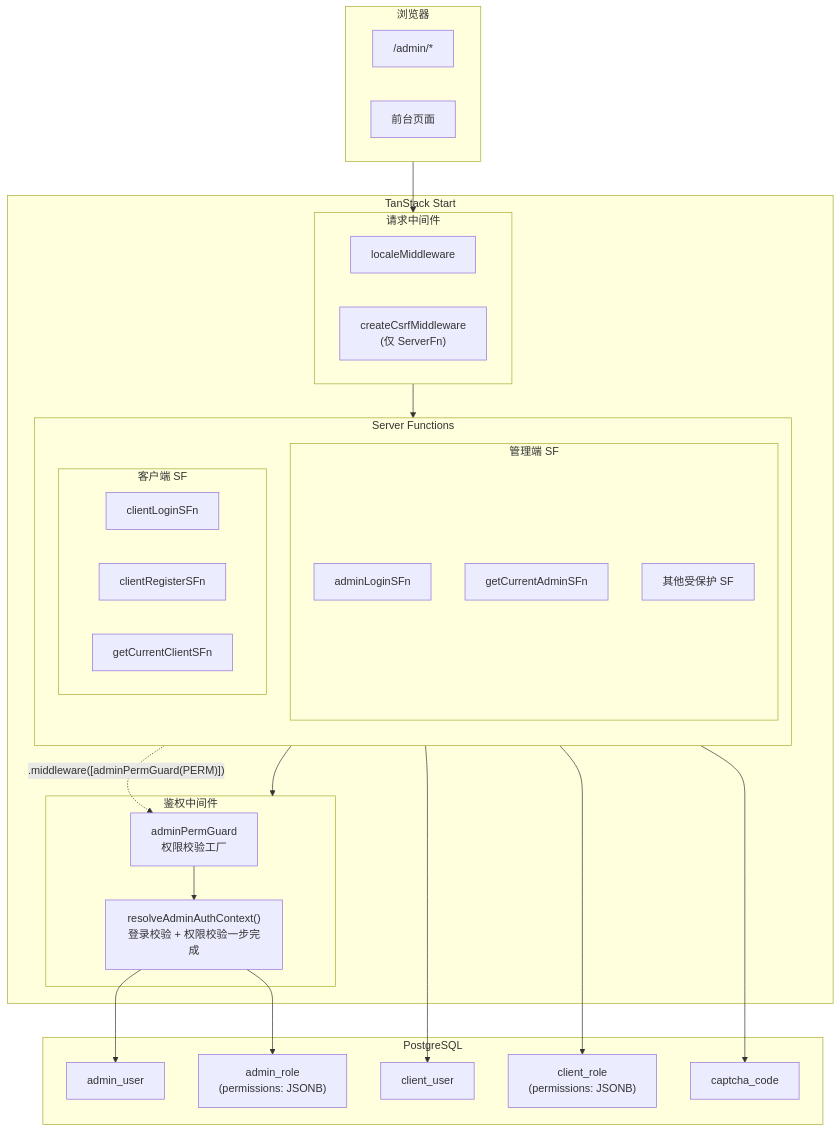
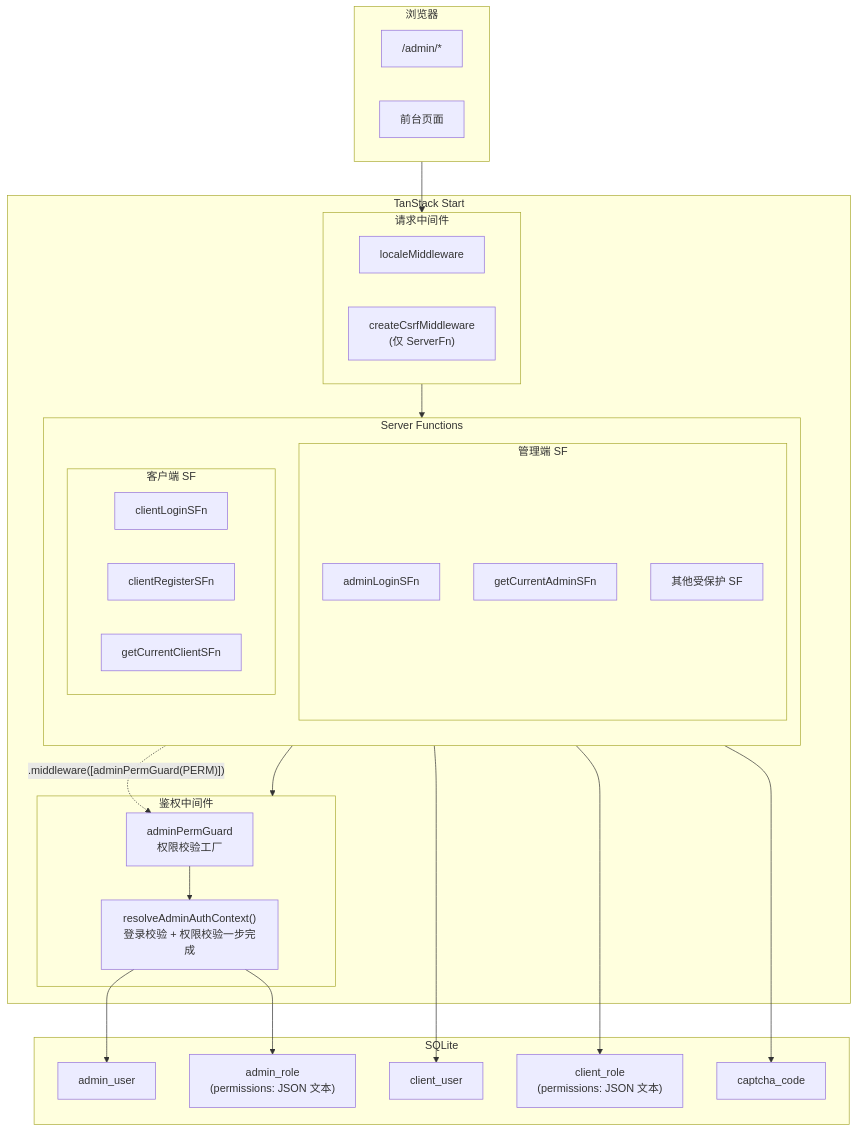
The first of 6 diagrams in docs/auth-permission-model.md (lvyueyang/ucode-hub), drawn with Mermaid before and after one commit. The commit also changed other lines of this file and 3 other files, not shown here.

````diff
--- a/docs/auth-permission-model.md
+++ b/docs/auth-permission-model.md
@@ -23,53 +23,53 @@
 ```mermaid
 flowchart TB
     subgraph Browser["浏览器"]
         direction LR
         AdminPage["/admin/*"]
         ClientPage["前台页面"]
     end
 
     subgraph TanStackStart["TanStack Start"]
         subgraph RequestMiddleware["请求中间件"]
             Locale["localeMiddleware"]
             CSRF["createCsrfMiddleware<br/>(仅 ServerFn)"]
         end
 
         subgraph ServerFunctions["Server Functions"]
             direction TB
             subgraph AdminSF["管理端 SF"]
                 Login["adminLoginSFn"]
                 CurrentAdmin["getCurrentAdminSFn"]
                 Protected["其他受保护 SF"]
             end
             subgraph ClientSF["客户端 SF"]
                 ClientLogin["clientLoginSFn"]
                 ClientRegister["clientRegisterSFn"]
                 CurrentClient["getCurrentClientSFn"]
             end
         end
 
         subgraph AuthMiddleware["鉴权中间件"]
             PermGuard["adminPermGuard<br/>权限校验工厂"]
             Resolver["resolveAdminAuthContext()<br/>登录校验 + 权限校验一步完成"]
         end
     end
 
-    subgraph DB["PostgreSQL"]
+    subgraph DB["SQLite"]
         AdminTbl["admin_user"]
-        RoleTbl["admin_role<br/>(permissions: JSONB)"]
+        RoleTbl["admin_role<br/>(permissions: JSON 文本)"]
         ClientTbl["client_user"]
-        ClientRoleTbl["client_role<br/>(permissions: JSONB)"]
+        ClientRoleTbl["client_role<br/>(permissions: JSON 文本)"]
         CaptchaTbl["captcha_code"]
     end
 
     Browser --> RequestMiddleware
     RequestMiddleware --> ServerFunctions
     AdminSF --> AuthMiddleware
     Protected -.->|".middleware([adminPermGuard(PERM)])"| PermGuard
     PermGuard --> Resolver
     Resolver --> AdminTbl
     Resolver --> RoleTbl
     ClientSF --> ClientTbl
     ClientSF --> ClientRoleTbl
     ClientSF --> CaptchaTbl
 ```
````
